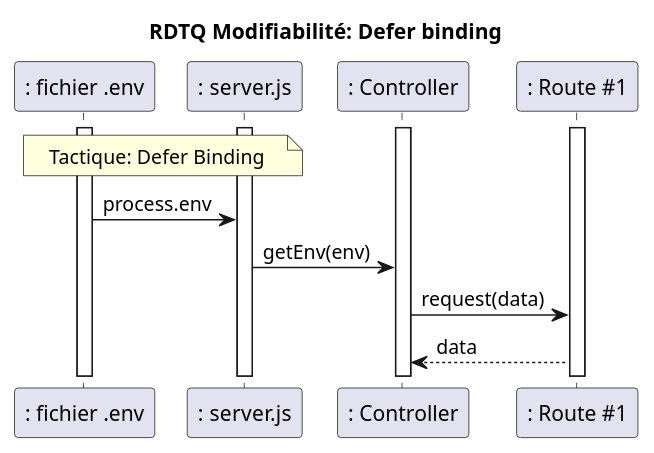
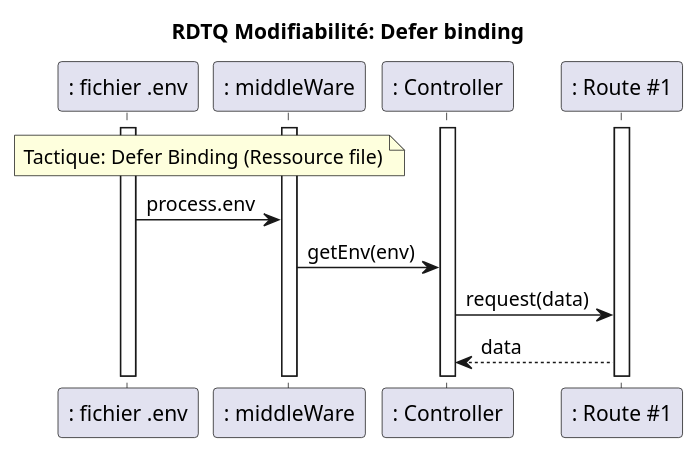
Before and after one commit to LOG430-MicroServices/LOG430-STM: the diagram in doc/plantuml/auth/Modifiabilite-DeferBinding.puml, drawn with PlantUML. The commit also changed 8 other files, not shown here.

```diff
--- a/doc/plantuml/auth/Modifiabilite-DeferBinding.puml
+++ b/doc/plantuml/auth/Modifiabilite-DeferBinding.puml
@@ -1,24 +1,24 @@
 @startuml
 title RDTQ Modifiabilité: Defer binding
 
 participant ": fichier .env" as env
-participant ": server.js" as mw
+participant ": middleWare" as mw
 participant ": Controller" as controller
 participant ": Route #1" as r1
 
 
-note over env, mw: Tactique: Defer Binding
+note over env, mw: Tactique: Defer Binding (Ressource file)
 
 activate env
 activate mw
 activate controller
 activate r1
 
 note left : scénario d'un call api d'utilisateur, \n Example général d'une requete fait par l'utilisateur pour démontrer \n l'augmentation de la cohésion et la réduction de couplage.
 
 env -> mw: process.env
 mw -> controller: getEnv(env)
 controller-> r1: request(data)
 r1 --> controller: data
 
 @enduml
```
